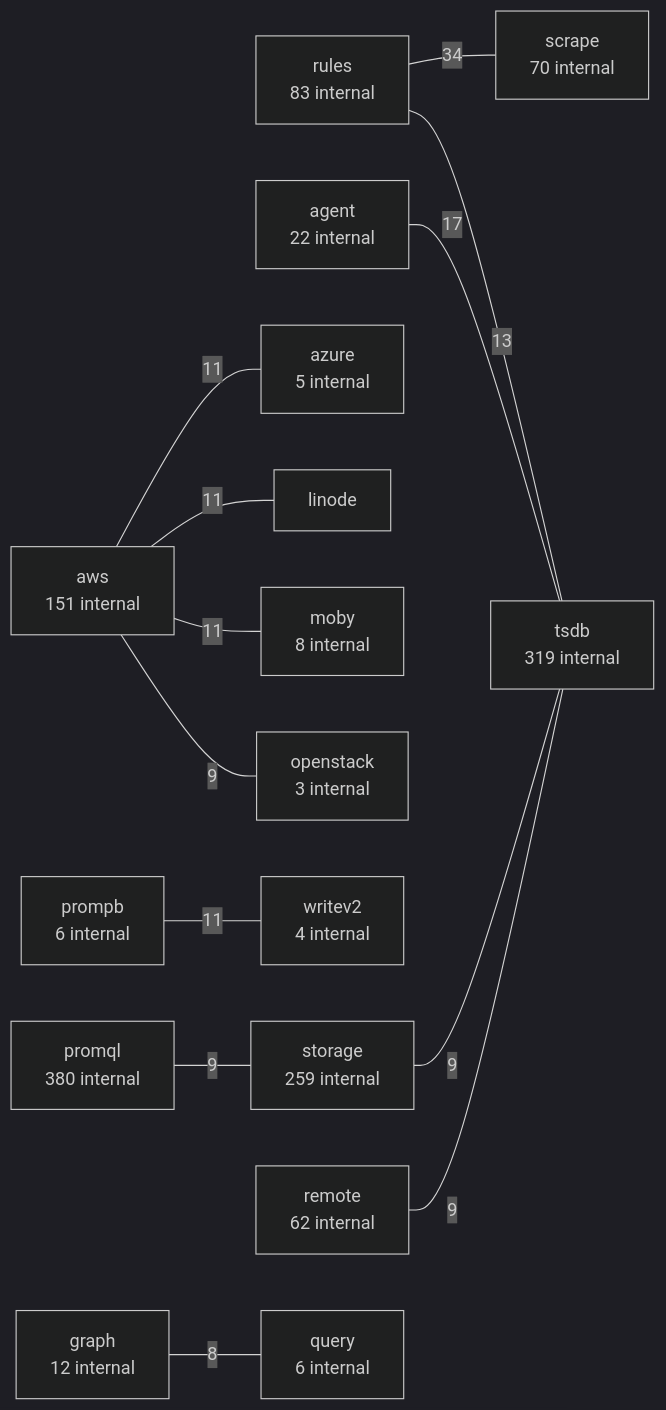
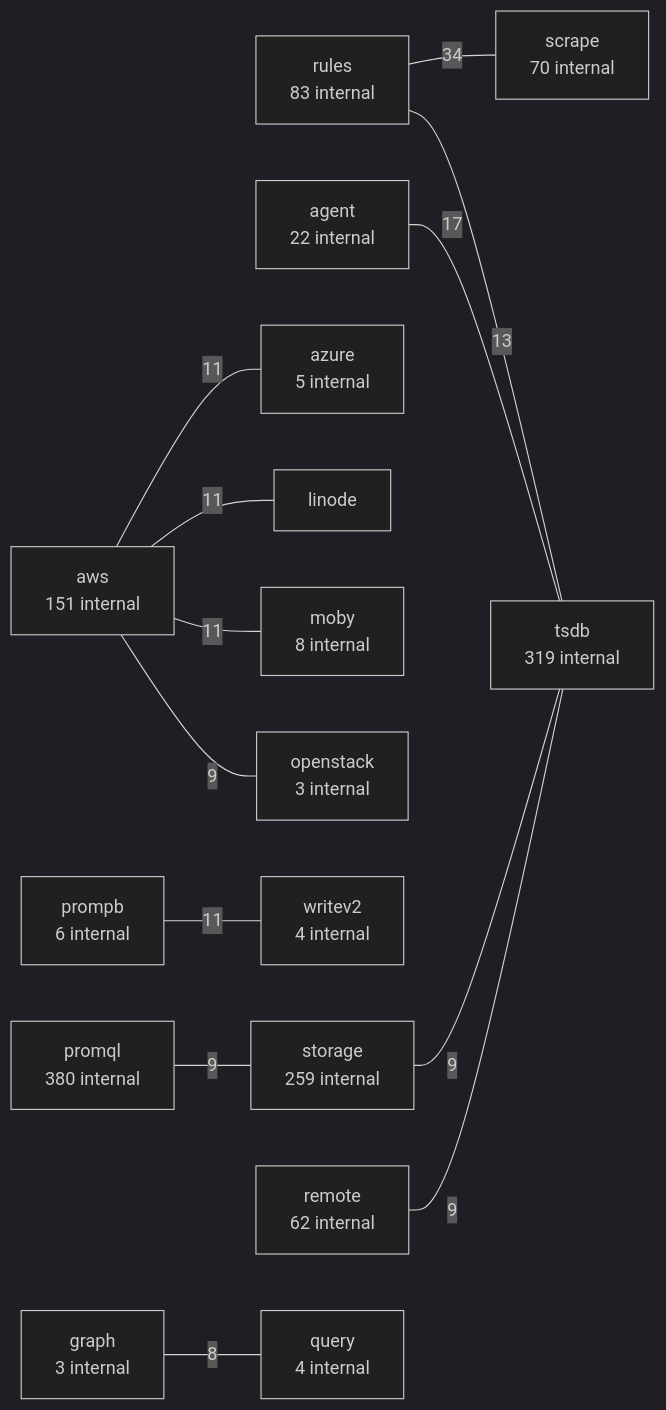
The third of 4 diagrams in examples/prometheus.md (LukasSelin/doppel), drawn with Mermaid (dark theme) before and after one commit. The commit also changed other lines of this file and 17 other files, not shown here.

````diff
--- a/examples/prometheus.md
+++ b/examples/prometheus.md
@@ -576,31 +576,31 @@
 ```mermaid
 flowchart LR
     p0["rules<br/>83 internal"]
     p1["scrape<br/>70 internal"]
     p0 ---|"34"| p1
     p2["agent<br/>22 internal"]
     p3["tsdb<br/>319 internal"]
     p2 ---|"17"| p3
     p0 ---|"13"| p3
     p4["aws<br/>151 internal"]
     p5["azure<br/>5 internal"]
     p4 ---|"11"| p5
     p6["linode"]
     p4 ---|"11"| p6
     p7["moby<br/>8 internal"]
     p4 ---|"11"| p7
     p8["prompb<br/>6 internal"]
     p9["writev2<br/>4 internal"]
     p8 ---|"11"| p9
     p10["openstack<br/>3 internal"]
     p4 ---|"9"| p10
     p11["promql<br/>380 internal"]
     p12["storage<br/>259 internal"]
     p11 ---|"9"| p12
     p13["remote<br/>62 internal"]
     p13 ---|"9"| p3
     p12 ---|"9"| p3
-    p14["graph<br/>12 internal"]
-    p15["query<br/>6 internal"]
+    p14["graph<br/>3 internal"]
+    p15["query<br/>4 internal"]
     p14 ---|"8"| p15
 ```
````
